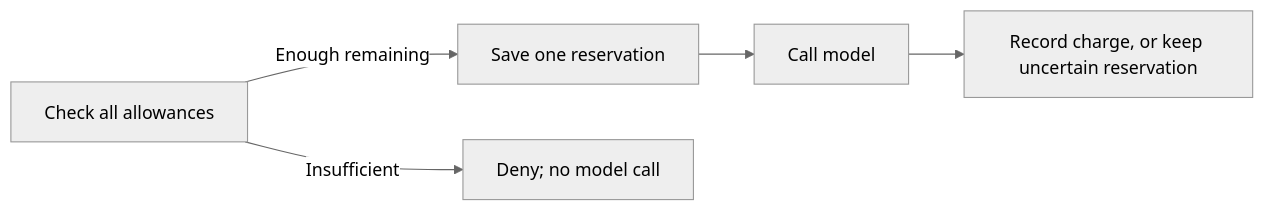
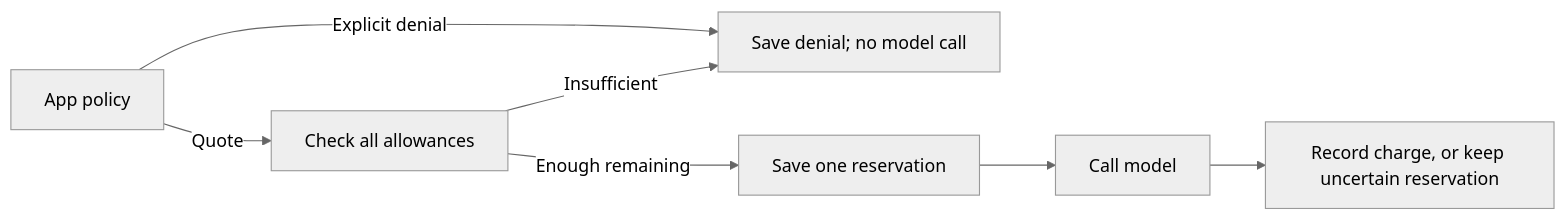
One commit to jingyufanclub/small-hour changed the diagram in docs/model-spending.md. Above: the diagram before and after it, drawn with Mermaid (neutral theme). The commit also changed other lines of this file and 18 other files, not shown here.

Commit message:
Compose spending setup and persist explicit policy denials (#35)

````diff
--- a/docs/model-spending.md
+++ b/docs/model-spending.md
@@ -38,9 +38,11 @@
 ```mermaid
 flowchart LR
     accTitle: A budget check before each model attempt
-    accDescr: Reserve the estimated amount before calling the provider. Settle known usage afterward or keep the reservation when the cost is uncertain.
+    accDescr: Save an explicit policy denial or check allowances and commit a reservation before calling the provider. Settle known usage afterward or keep an uncertain reservation.
+    policy["App policy"] -->|Quote| check
+    policy -->|Explicit denial| deny
     check["Check all allowances"] -->|Enough remaining| reserve["Save one reservation"]
-    check -->|Insufficient| deny["Deny; no model call"]
+    check -->|Insufficient| deny["Save denial; no model call"]
     reserve --> providerCall["Call model"]
     providerCall --> settle["Record charge, or keep uncertain reservation"]
 ```
````
